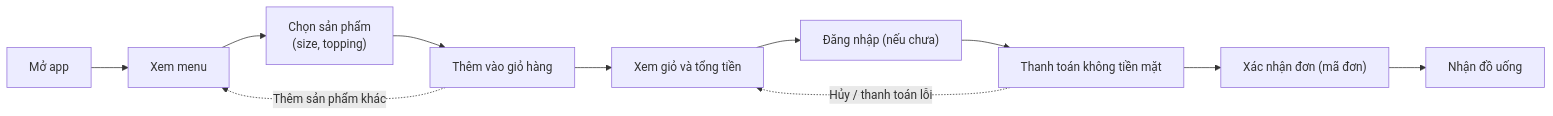
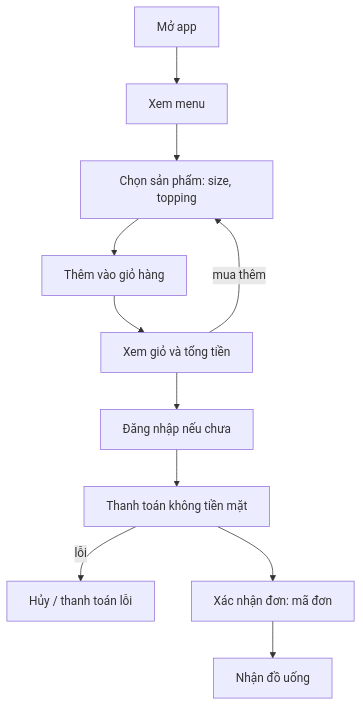
The first of 2 diagrams in A1.md (Thaitruong26/Brewlite), drawn with Mermaid before and after one commit. The commit also changed other lines of this file and 31 other files, not shown here.

````diff
--- a/A1.md
+++ b/A1.md
@@ -97,8 +86,13 @@
 ```mermaid
-flowchart LR
-  A[Mở app] --> B[Xem menu] --> C["Chọn sản phẩm<br/>(size, topping)"] --> D[Thêm vào giỏ hàng]
-  D --> E[Xem giỏ và tổng tiền] --> F["Đăng nhập (nếu chưa)"] --> G[Thanh toán không tiền mặt]
-  G --> H["Xác nhận đơn (mã đơn)"] --> I[Nhận đồ uống]
-  D -. "Thêm sản phẩm khác" .-> B
-  G -. "Hủy / thanh toán lỗi" .-> E
+flowchart TD
+  A[Mở app] --> B[Xem menu]
+  B --> C[Chọn sản phẩm: size, topping]
+  C --> D[Thêm vào giỏ hàng]
+  D --> E[Xem giỏ và tổng tiền]
+  E -->|mua thêm| C
+  E --> F[Đăng nhập nếu chưa]
+  F --> G[Thanh toán không tiền mặt]
+  G -->|lỗi| H[Hủy / thanh toán lỗi]
+  G --> I[Xác nhận đơn: mã đơn]
+  I --> J[Nhận đồ uống]
 ```
````
